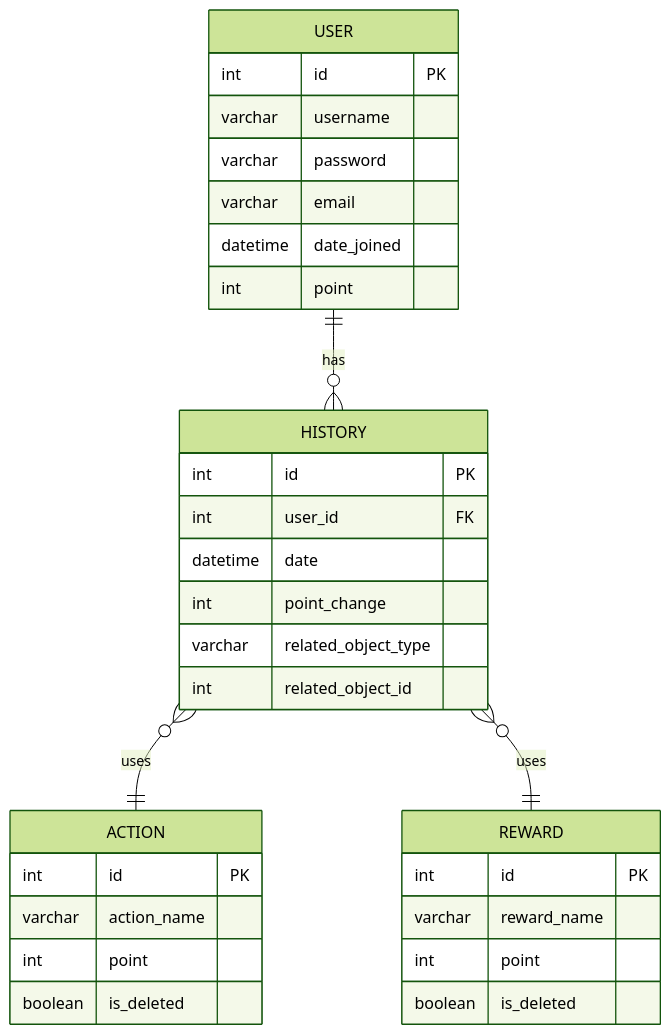
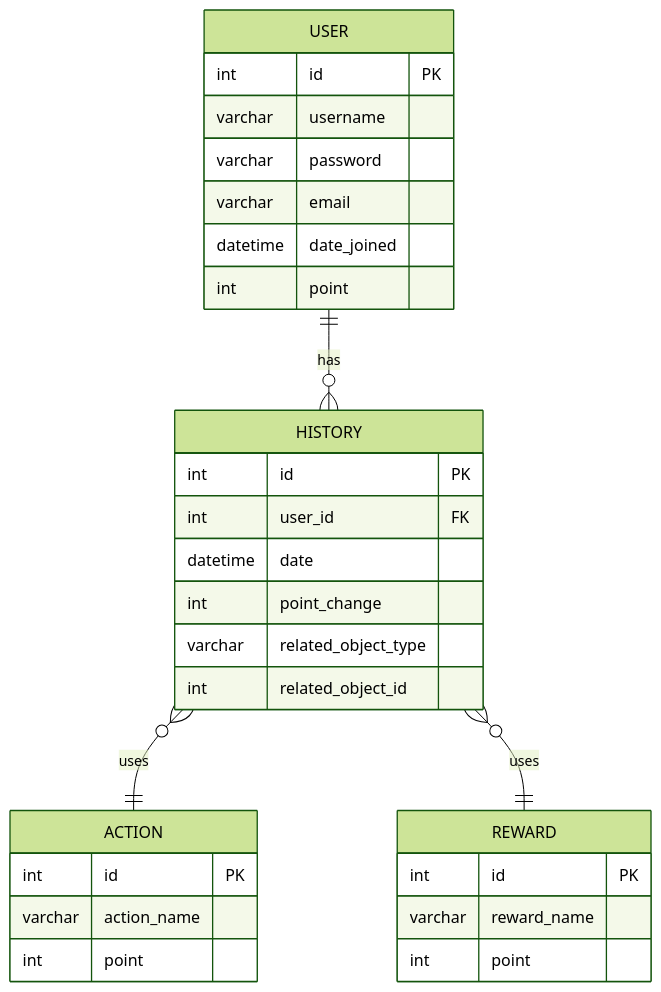
Before and after one commit to sn-iwanaga/MyBravo_beta: the second of 2 diagrams in IMPROVEMENT_DB.md, drawn with Mermaid (forest theme). The commit also changed other lines of this file, not shown here.

````diff
--- a/IMPROVEMENT_DB.md
+++ b/IMPROVEMENT_DB.md
@@ -53,38 +56,36 @@
 ```mermaid
 erDiagram
     USER {
         int id PK
         varchar username
         varchar password
         varchar email
         datetime date_joined
         int point
     }
 
     HISTORY {
         int id PK
         int user_id FK
         datetime date
         int point_change
         varchar related_object_type
         int related_object_id
     }
 
     ACTION {
         int id PK
         varchar action_name
         int point
-        boolean is_deleted
     }
 
     REWARD {
         int id PK
         varchar reward_name
         int point
-        boolean is_deleted
     }
 
     USER ||--o{ HISTORY : has
     HISTORY }o--|| ACTION : uses
     HISTORY }o--|| REWARD : uses
 ```
````
